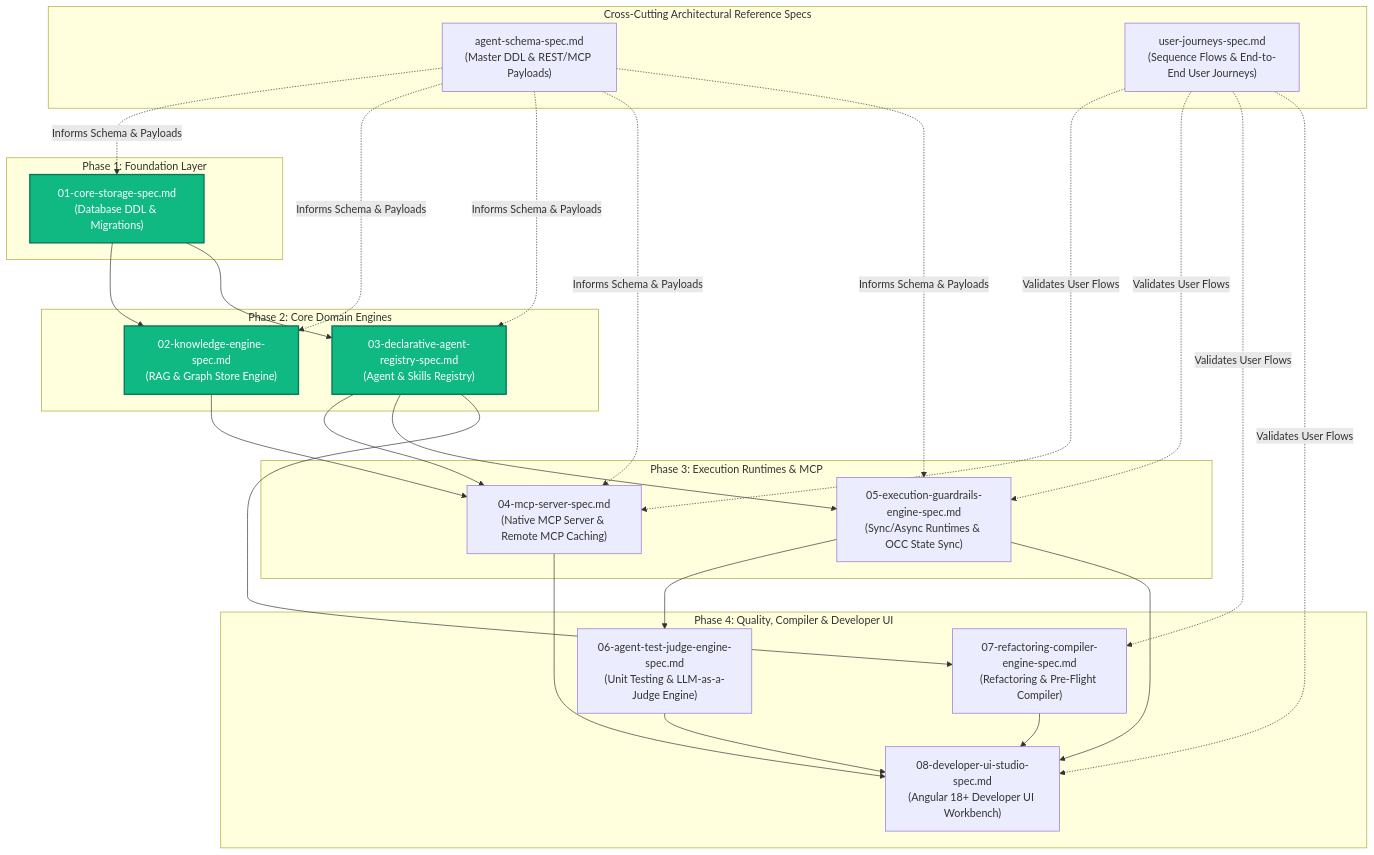
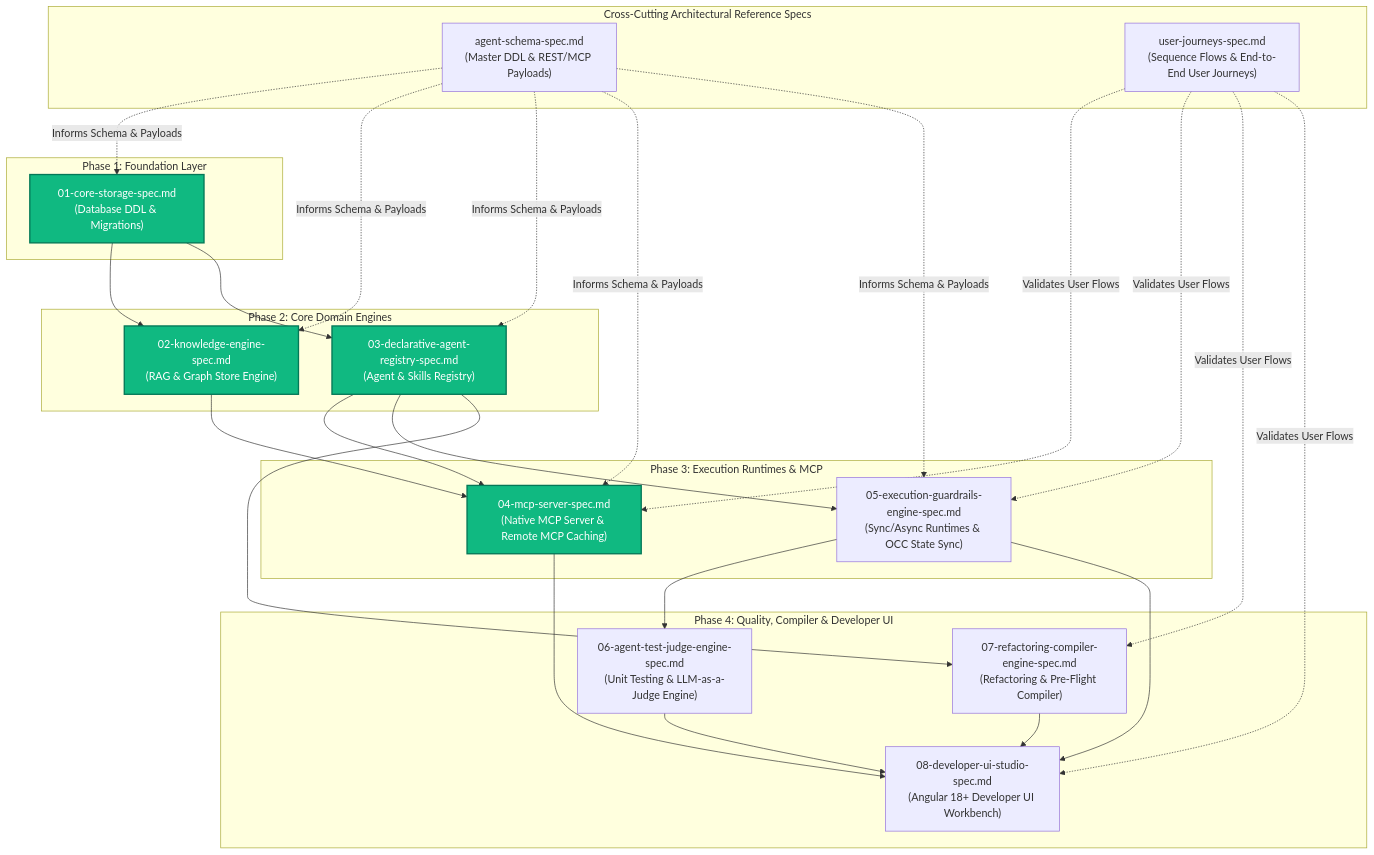
The diagram in spec/specs/README.md (PolecatWorks/agent-as-data), drawn with Mermaid before and after one commit. The commit also changed other lines of this file and 10 other files, not shown here.

Commit message:
feat(spec-04): implement Native MCP Server & Remote MCP Registration (POST /api/v1/agents/mcp/register)

````diff
--- a/spec/specs/README.md
+++ b/spec/specs/README.md
@@ -17,55 +17,55 @@
 ```mermaid
 flowchart TD
     subgraph CrossCuttingSpecs ["Cross-Cutting Architectural Reference Specs"]
         SchemaSpec["agent-schema-spec.md<br/>(Master DDL & REST/MCP Payloads)"]
         JourneysSpec["user-journeys-spec.md<br/>(Sequence Flows & End-to-End User Journeys)"]
     end
 
     subgraph Phase1 ["Phase 1: Foundation Layer"]
         Spec01["01-core-storage-spec.md<br/>(Database DDL & Migrations)"]:::complete
     end
 
     subgraph Phase2 ["Phase 2: Core Domain Engines"]
         Spec02["02-knowledge-engine-spec.md<br/>(RAG & Graph Store Engine)"]:::complete
         Spec03["03-declarative-agent-registry-spec.md<br/>(Agent & Skills Registry)"]:::complete
     end
 
     subgraph Phase3 ["Phase 3: Execution Runtimes & MCP"]
-        Spec04["04-mcp-server-spec.md<br/>(Native MCP Server & Remote MCP Caching)"]
+        Spec04["04-mcp-server-spec.md<br/>(Native MCP Server & Remote MCP Caching)"]:::complete
         Spec05["05-execution-guardrails-engine-spec.md<br/>(Sync/Async Runtimes & OCC State Sync)"]
     end
 
     subgraph Phase4 ["Phase 4: Quality, Compiler & Developer UI"]
         Spec06["06-agent-test-judge-engine-spec.md<br/>(Unit Testing & LLM-as-a-Judge Engine)"]
         Spec07["07-refactoring-compiler-engine-spec.md<br/>(Refactoring & Pre-Flight Compiler)"]
         Spec08["08-developer-ui-studio-spec.md<br/>(Angular 18+ Developer UI Workbench)"]
     end
 
     classDef complete fill:#10B981,stroke:#047857,stroke-width:2px,color:#ffffff;
 
     SchemaSpec -.->|Informs Schema & Payloads| Spec01
     SchemaSpec -.->|Informs Schema & Payloads| Spec02
     SchemaSpec -.->|Informs Schema & Payloads| Spec03
     SchemaSpec -.->|Informs Schema & Payloads| Spec04
     SchemaSpec -.->|Informs Schema & Payloads| Spec05
 
     JourneysSpec -.->|Validates User Flows| Spec04
     JourneysSpec -.->|Validates User Flows| Spec05
     JourneysSpec -.->|Validates User Flows| Spec07
     JourneysSpec -.->|Validates User Flows| Spec08
 
     Spec01 --> Spec02
     Spec01 --> Spec03
 
     Spec02 --> Spec04
     Spec03 --> Spec04
     Spec03 --> Spec05
 
     Spec05 --> Spec06
     Spec03 --> Spec07
     
     Spec04 --> Spec08
     Spec05 --> Spec08
     Spec06 --> Spec08
     Spec07 --> Spec08
 ```
````
